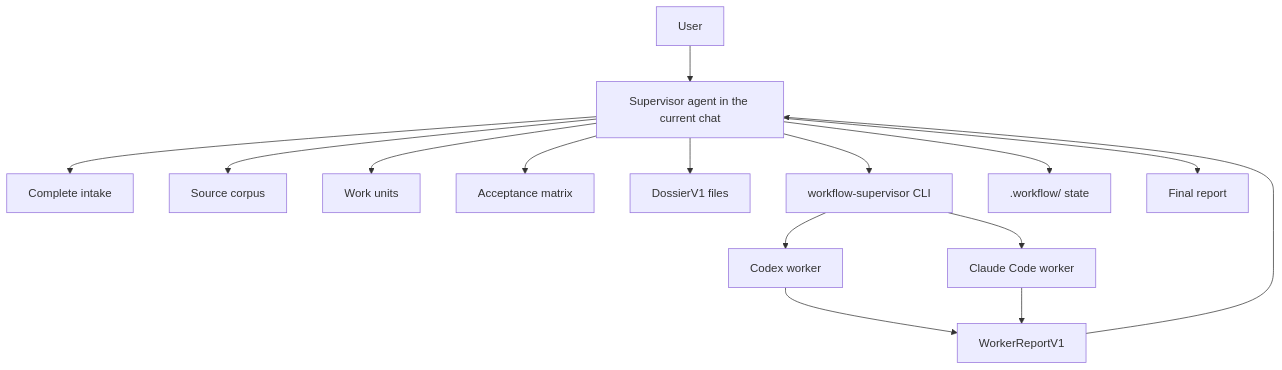
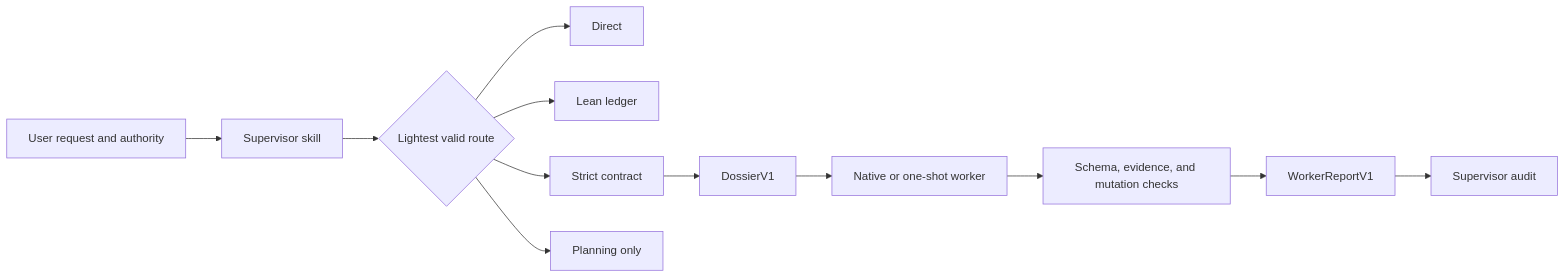
The diagram in README.md (NikolaCehic/workflow-supervisor), drawn with Mermaid before and after one commit. The commit also changed other lines of this file and 54 other files, not shown here.

Commit message:
Release workflow-supervisor v0.3.0

````diff
--- a/README.md
+++ b/README.md
@@ -89,17 +40,14 @@
 ```mermaid
-flowchart TB
-  User["User"] --> Supervisor["Supervisor agent in the current chat"]
-  Supervisor --> Intake["Complete intake"]
-  Supervisor --> Sources["Source corpus"]
-  Supervisor --> Units["Work units"]
-  Supervisor --> Matrix["Acceptance matrix"]
-  Supervisor --> Dossiers["DossierV1 files"]
-  Supervisor --> CLI["workflow-supervisor CLI"]
-  CLI --> Codex["Codex worker"]
-  CLI --> Claude["Claude Code worker"]
-  Codex --> Report["WorkerReportV1"]
-  Claude --> Report
-  Report --> Supervisor
-  Supervisor --> Docs[".workflow/ state"]
-  Supervisor --> Outcome["Final report"]
+flowchart LR
+  User["User request and authority"] --> Skill["Supervisor skill"]
+  Skill --> Route{"Lightest valid route"}
+  Route --> Direct["Direct"]
+  Route --> Lean["Lean ledger"]
+  Route --> Strict["Strict contract"]
+  Route --> Plan["Planning only"]
+  Strict --> Dossier["DossierV1"]
+  Dossier --> Worker["Native or one-shot worker"]
+  Worker --> Guard["Schema, evidence, and mutation checks"]
+  Guard --> Report["WorkerReportV1"]
+  Report --> Audit["Supervisor audit"]
 ```
````
